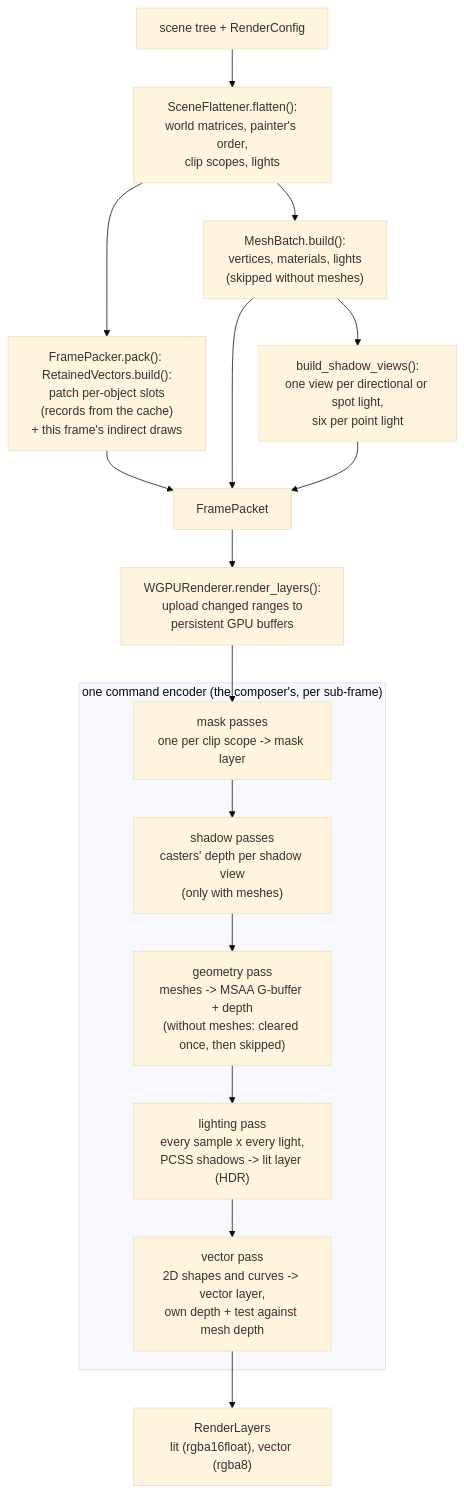
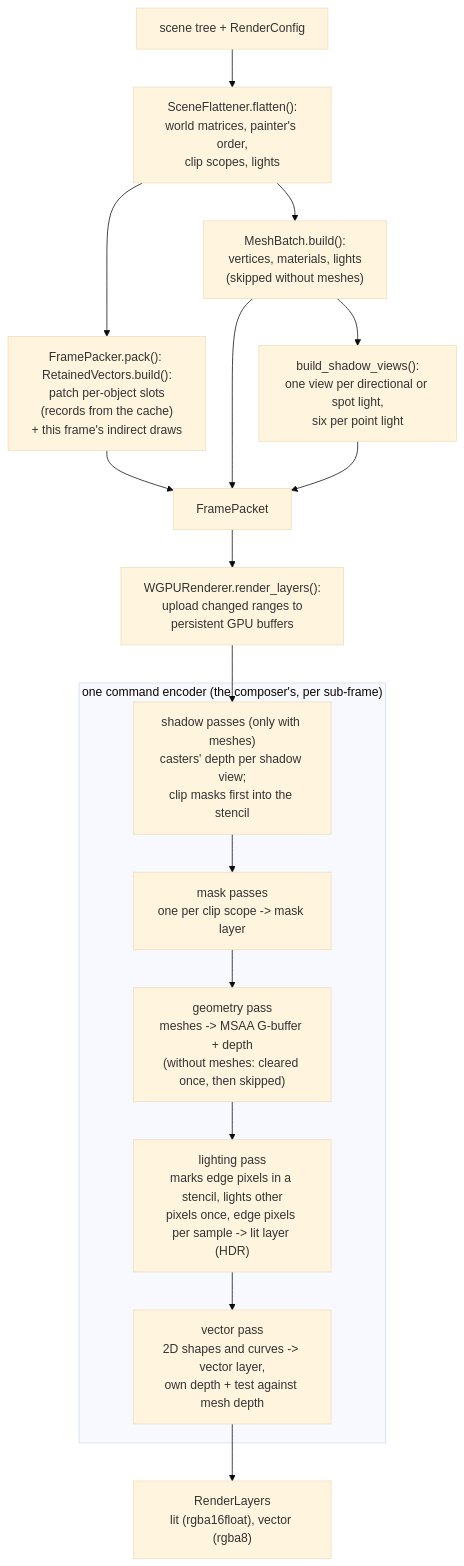
One commit to MrDiver/manim changed the third of 7 diagrams in manimx/manimx/renderer/README.md. Above: the diagram before and after it, drawn with Mermaid (base theme). The commit also changed other lines of this file and 14 other files, not shown here.

````diff
--- a/manimx/manimx/renderer/README.md
+++ b/manimx/manimx/renderer/README.md
@@ -241,20 +349,20 @@
 ```mermaid
 flowchart TD
     A["scene tree + RenderConfig"] --> B["SceneFlattener.flatten():<br/>world matrices, painter's order,<br/>clip scopes, lights"]
     B --> C["FramePacker.pack(): RetainedVectors.build():<br/>patch per-object slots<br/>(records from the cache)<br/>+ this frame's indirect draws"]
     B --> D["MeshBatch.build():<br/>vertices, materials, lights<br/>(skipped without meshes)"]
     D --> E["build_shadow_views():<br/>one view per directional or spot light,<br/>six per point light"]
     C & D & E --> K["FramePacket"]
     K --> F["WGPURenderer.render_layers():<br/>upload changed ranges to<br/>persistent GPU buffers"]
     F --> P1
 
     subgraph GPU["one command encoder (the composer's, per sub-frame)"]
-        P1["mask passes<br/>one per clip scope -> mask layer"] --> P2
-        P2["shadow passes<br/>casters' depth per shadow view<br/>(only with meshes)"] --> P3
+        P1["shadow passes (only with meshes)<br/>casters' depth per shadow view;<br/>clip masks first into the stencil"] --> P2
+        P2["mask passes<br/>one per clip scope -> mask layer"] --> P3
         P3["geometry pass<br/>meshes -> MSAA G-buffer + depth<br/>(without meshes: cleared once, then skipped)"] --> P4
-        P4["lighting pass<br/>every sample x every light,<br/>PCSS shadows -> lit layer (HDR)"] --> P5
+        P4["lighting pass<br/>marks edge pixels in a stencil, lights other<br/>pixels once, edge pixels per sample -> lit layer (HDR)"] --> P5
         P5["vector pass<br/>2D shapes and curves -> vector layer,<br/>own depth + test against mesh depth"]
     end
 
     P5 --> L["RenderLayers<br/>lit (rgba16float), vector (rgba8)"]
 ```
````
